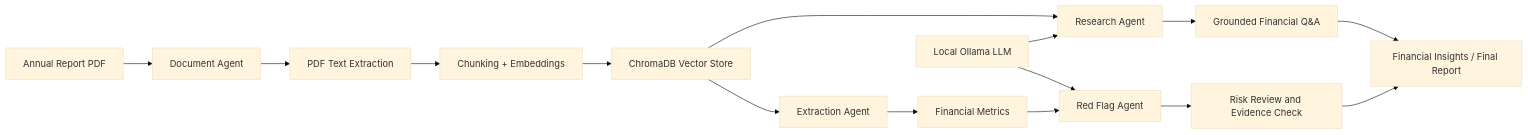
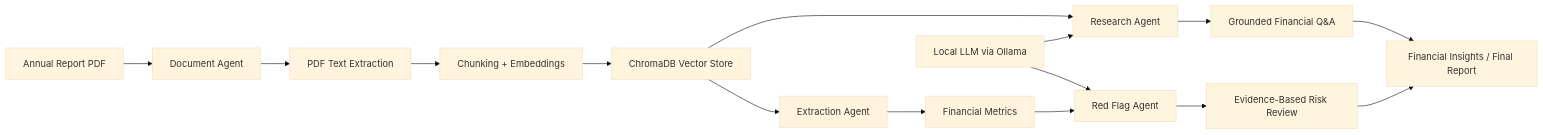
One commit to Sp-4030/Financial_Multi_Agent changed the diagram in README.md. Above: the diagram before and after it, drawn with Mermaid (base theme). The commit also changed other lines of this file and 2 other files, not shown here.

````diff
--- a/README.md
+++ b/README.md
@@ -11,18 +18,18 @@
 ```mermaid
 flowchart LR
     A[Annual Report PDF] --> B[Document Agent]
     B --> C[PDF Text Extraction]
     C --> D[Chunking + Embeddings]
     D --> E[ChromaDB Vector Store]
     E --> F[Research Agent]
     E --> G[Extraction Agent]
     G --> H[Financial Metrics]
     H --> I[Red Flag Agent]
     F --> J[Grounded Financial Q&A]
-    I --> K[Risk Review and Evidence Check]
+    I --> K[Evidence-Based Risk Review]
     J --> L[Financial Insights / Final Report]
     K --> L
 
-    M[Local Ollama LLM] --> F
+    M[Local LLM via Ollama] --> F
     M --> I
 ```
````
